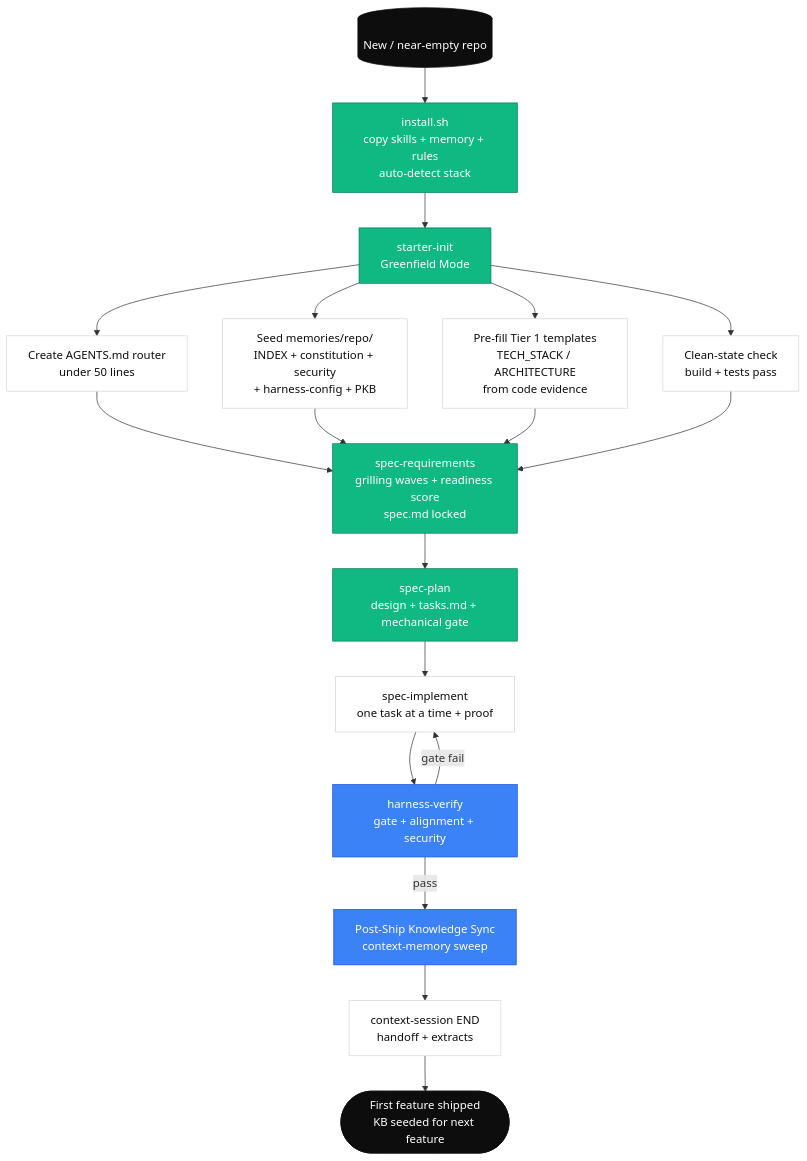
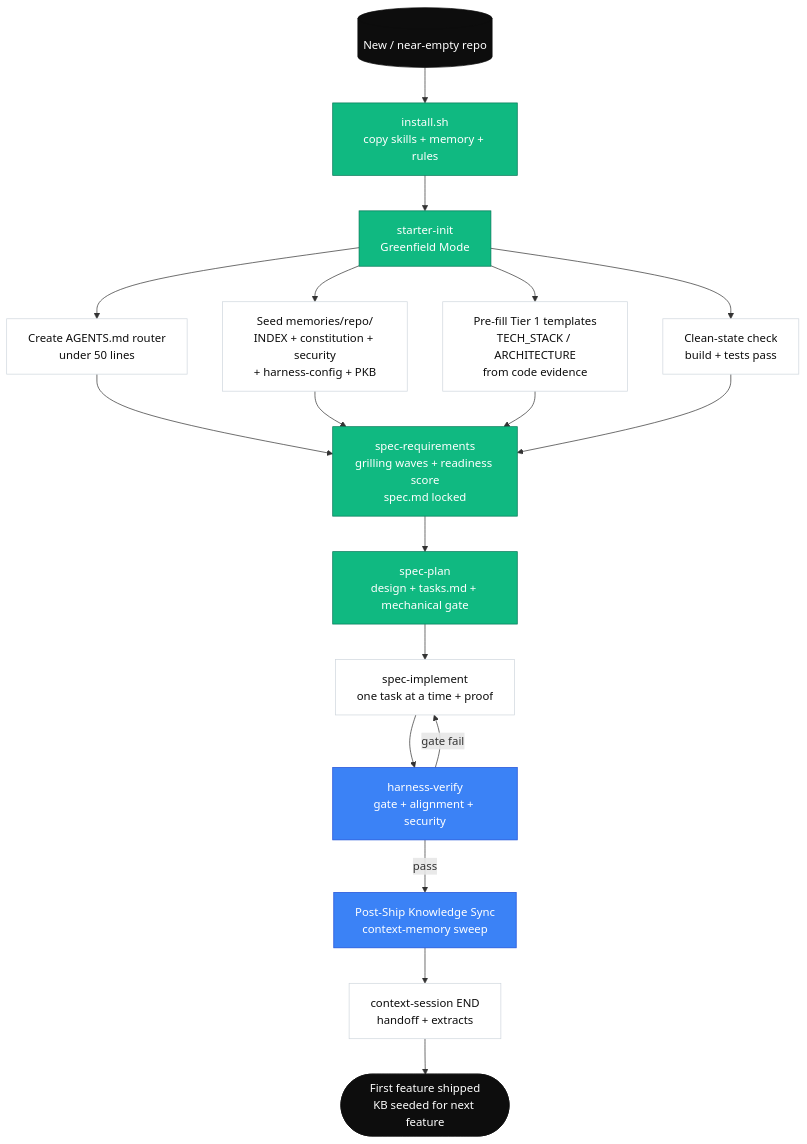
Before and after one commit to thaihai-swe/CoreZero-Nexus: the first of 2 diagrams in documents/adoption-strategies.md, drawn with Mermaid. The commit also changed other lines of this file and 280 other files, not shown here.

First line of the commit message:
feat: Add comprehensive documentation for project architecture, code design, and domain context

````diff
--- a/documents/adoption-strategies.md
+++ b/documents/adoption-strategies.md
@@ -110,35 +110,35 @@
 ```mermaid
 flowchart TD
     %% Greenfield Flow — new repo, install kit, ship first feature
 
-    NEW[(New / near-empty repo)] --> BOOT[install.sh<br/>copy skills + memory + rules<br/>auto-detect stack]
+    NEW[(New / near-empty repo)] --> BOOT[install.sh<br/>copy skills + memory + rules]
 
     BOOT --> INIT[starter-init<br/>Greenfield Mode]
     INIT --> AGENTS[Create AGENTS.md router<br/>under 50 lines]
     INIT --> MEMSEED[Seed memories/repo/<br/>INDEX + constitution + security<br/>+ harness-config + PKB]
     INIT --> TMPL[Pre-fill Tier 1 templates<br/>TECH_STACK / ARCHITECTURE<br/>from code evidence]
     INIT --> BASE[Clean-state check<br/>build + tests pass]
 
     AGENTS --> SPEC
     MEMSEED --> SPEC
     TMPL --> SPEC
     BASE --> SPEC[spec-requirements<br/>grilling waves + readiness score<br/>spec.md locked]
     SPEC --> PLAN[spec-plan<br/>design + tasks.md + mechanical gate]
     PLAN --> IMPL[spec-implement<br/>one task at a time + proof]
     IMPL --> VERIFY[harness-verify<br/>gate + alignment + security]
 
     VERIFY -- gate fail --> IMPL
     VERIFY -- pass --> SYNC[Post-Ship Knowledge Sync<br/>context-memory sweep]
     SYNC --> ENDS[context-session END<br/>handoff + extracts]
     ENDS --> DONE([First feature shipped<br/>KB seeded for next feature])
 
     classDef terminal fill:#0d0d0d,stroke:#0d0d0d,color:#fff
     classDef green fill:#10b981,stroke:#047857,color:#fff
     classDef step fill:#fff,stroke:#d0d7de,color:#0d0d0d
     classDef gate fill:#3b82f6,stroke:#1d4ed8,color:#fff
 
     class NEW,DONE terminal
     class BOOT,INIT,SPEC,PLAN green
     class AGENTS,MEMSEED,TMPL,BASE,IMPL,ENDS step
     class VERIFY,SYNC gate
 ```
````
